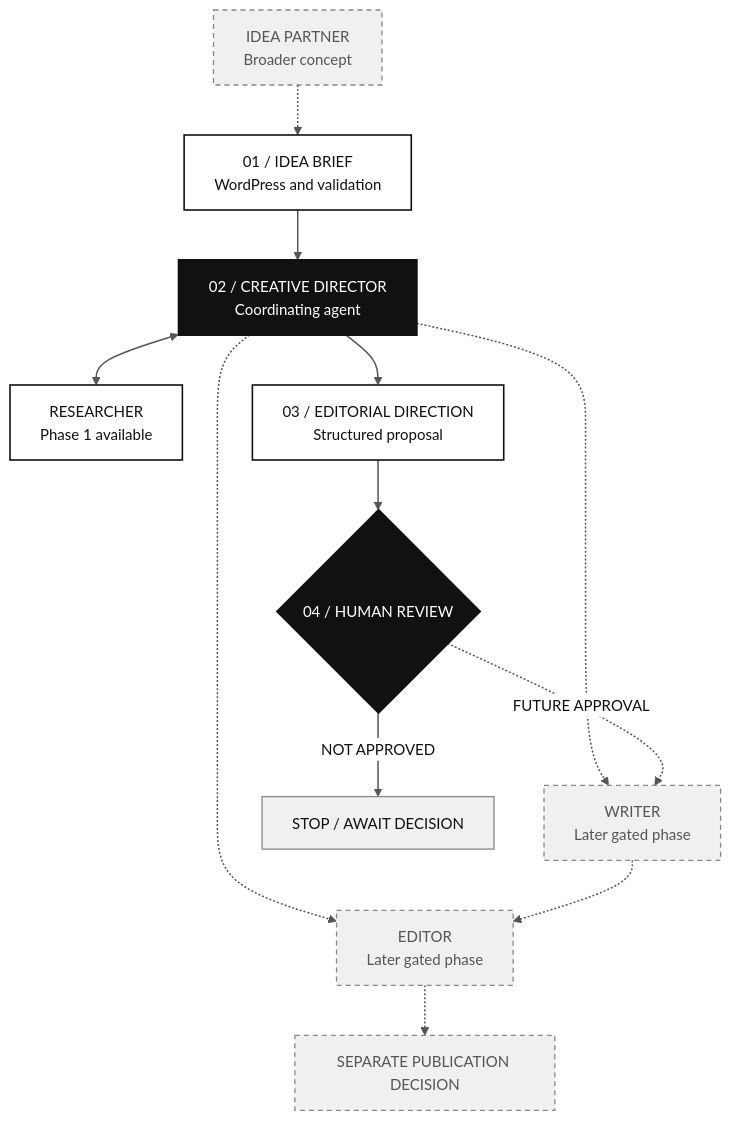
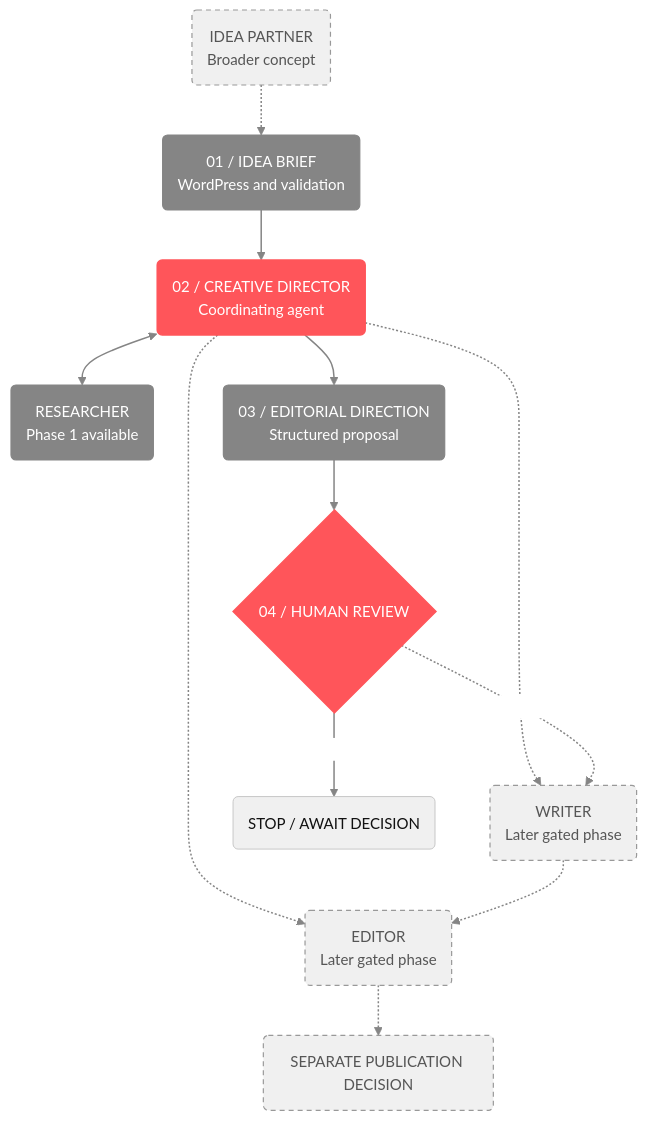
Before and after one commit to barbarakprokop/agent-studio-workflow: the diagram in README.md, drawn with Mermaid.

Commit message:
Restyle architecture diagram with coral pills and grey flow components

````diff
--- a/README.md
+++ b/README.md
@@ -21,27 +21,27 @@
 ```mermaid
-%%{init: {"theme": "base", "themeVariables": {"fontFamily": "Arial, Helvetica, sans-serif", "fontSize": "15px", "primaryColor": "#FFFFFF", "primaryTextColor": "#111111", "primaryBorderColor": "#111111", "lineColor": "#555555", "secondaryColor": "#F2F2F2", "tertiaryColor": "#FFFFFF", "edgeLabelBackground": "#FFFFFF"}}}%%
+%%{init: {"theme":"base","themeVariables":{"fontFamily":"Arial, Helvetica, sans-serif","fontSize":"15px","primaryColor":"#FF555A","primaryTextColor":"#FFFFFF","primaryBorderColor":"#FF555A","lineColor":"#858585","secondaryColor":"#858585","tertiaryColor":"#F0F0F0","edgeLabelBackground":"#FFFFFF"}}}%%
 flowchart TB
-    IDEA["IDEA PARTNER<br/>Broader concept"] -.-> BRIEF["01 / IDEA BRIEF<br/>WordPress and validation"]
-    BRIEF --> CD["02 / CREATIVE DIRECTOR<br/>Coordinating agent"]
+    IDEA("IDEA PARTNER<br/>Broader concept") -.-> BRIEF("01 / IDEA BRIEF<br/>WordPress and validation")
+    BRIEF --> CD("02 / CREATIVE DIRECTOR<br/>Coordinating agent")
 
-    CD <--> RESEARCH["RESEARCHER<br/>Phase 1 available"]
-    CD -.-> WRITER["WRITER<br/>Later gated phase"]
-    CD -.-> EDITOR["EDITOR<br/>Later gated phase"]
+    CD <--> RESEARCH("RESEARCHER<br/>Phase 1 available")
+    CD -.-> WRITER("WRITER<br/>Later gated phase")
+    CD -.-> EDITOR("EDITOR<br/>Later gated phase")
 
-    CD --> PROPOSAL["03 / EDITORIAL DIRECTION<br/>Structured proposal"]
+    CD --> PROPOSAL("03 / EDITORIAL DIRECTION<br/>Structured proposal")
     PROPOSAL --> HUMAN{"04 / HUMAN REVIEW"}
-    HUMAN -->|NOT APPROVED| HOLD["STOP / AWAIT DECISION"]
+    HUMAN -->|NOT APPROVED| HOLD("STOP / AWAIT DECISION")
     HUMAN -.->|FUTURE APPROVAL| WRITER
     WRITER -.-> EDITOR
-    EDITOR -.-> PUBLISH["SEPARATE PUBLICATION DECISION"]
+    EDITOR -.-> PUBLISH("SEPARATE PUBLICATION DECISION")
 
-    classDef ink fill:#111111,stroke:#111111,color:#FFFFFF,stroke-width:2px;
-    classDef outline fill:#FFFFFF,stroke:#111111,color:#111111,stroke-width:1.6px;
-    classDef muted fill:#F0F0F0,stroke:#888888,color:#111111,stroke-width:1.3px;
-    classDef future fill:#F0F0F0,stroke:#888888,color:#555555,stroke-width:1.3px,stroke-dasharray:5 4;
-    class CD,HUMAN ink;
-    class BRIEF,RESEARCH,PROPOSAL outline;
+    classDef primary fill:#FF555A,stroke:#FF555A,color:#FFFFFF,stroke-width:1.5px;
+    classDef secondary fill:#858585,stroke:#858585,color:#FFFFFF,stroke-width:1.2px;
+    classDef annotation fill:#F0F0F0,stroke:#C7C7C7,color:#111111,stroke-width:1px;
+    classDef future fill:#F0F0F0,stroke:#999999,color:#555555,stroke-width:1.2px,stroke-dasharray:5 4;
+    class CD,HUMAN primary;
+    class BRIEF,RESEARCH,PROPOSAL secondary;
     class IDEA,WRITER,EDITOR,PUBLISH future;
-    class HOLD muted;
-    linkStyle default stroke:#555555,stroke-width:1.5px;
+    class HOLD annotation;
+    linkStyle default stroke:#858585,stroke-width:1.5px;
 ```
````
